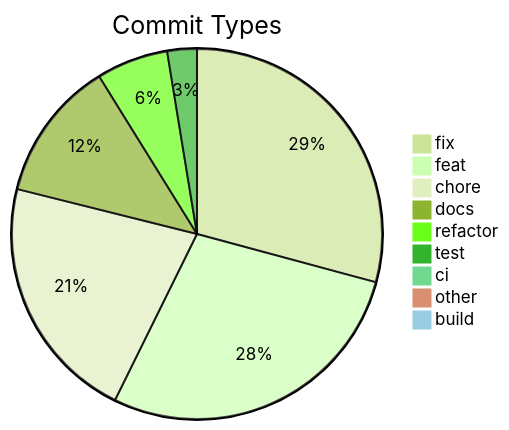
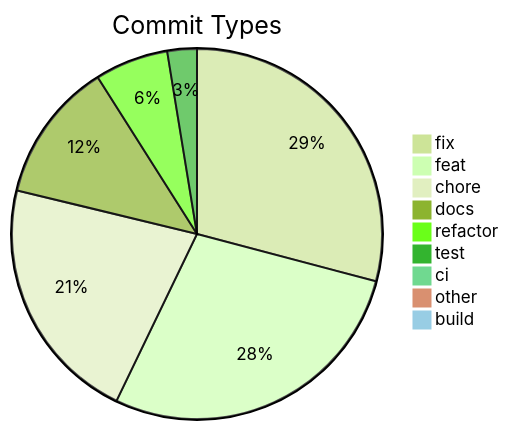
Before and after one commit to svenroth-ai/shipwright: the diagram in .shipwright/compliance/change-history.md, drawn with Mermaid (forest theme). The commit also changed other lines of this file and 6 other files, not shown here.

````diff
--- a/.shipwright/compliance/change-history.md
+++ b/.shipwright/compliance/change-history.md
@@ -10,12 +10,12 @@
 ```mermaid
 pie title Commit Types
     "fix" : 350
     "feat" : 337
-    "chore" : 259
+    "chore" : 260
     "docs" : 147
-    "refactor" : 75
+    "refactor" : 77
     "test" : 31
     "ci" : 11
     "other" : 9
     "build" : 1
 ```
````
